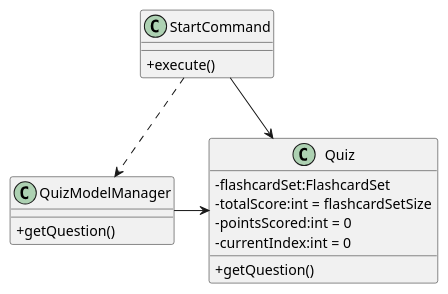
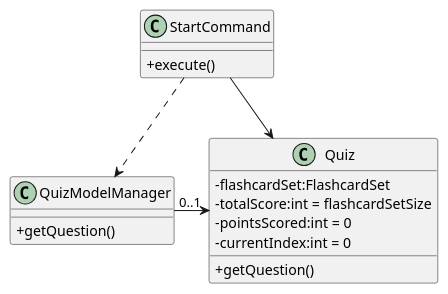
Before and after one commit to petrickjerico/tp: the diagram in docs/diagrams/StartQuizClassDiagram.puml, drawn with PlantUML. The commit also changed 8 other files, not shown here.

```diff
--- a/docs/diagrams/StartQuizClassDiagram.puml
+++ b/docs/diagrams/StartQuizClassDiagram.puml
@@ -1,23 +1,23 @@
 @startuml
 skinparam classAttributeIconSize 0
 
 Class StartCommand {
  + execute()
 }
 
 class QuizModelManager {
 +getQuestion()
 }
 
 class Quiz {
 -flashcardSet:FlashcardSet
 -totalScore:int = flashcardSetSize
 -pointsScored:int = 0
 -currentIndex:int = 0
 +getQuestion()
 }
 
-QuizModelManager -> Quiz
+QuizModelManager -> "0..1" Quiz
 StartCommand --> Quiz
 StartCommand .> QuizModelManager
 @enduml
```
